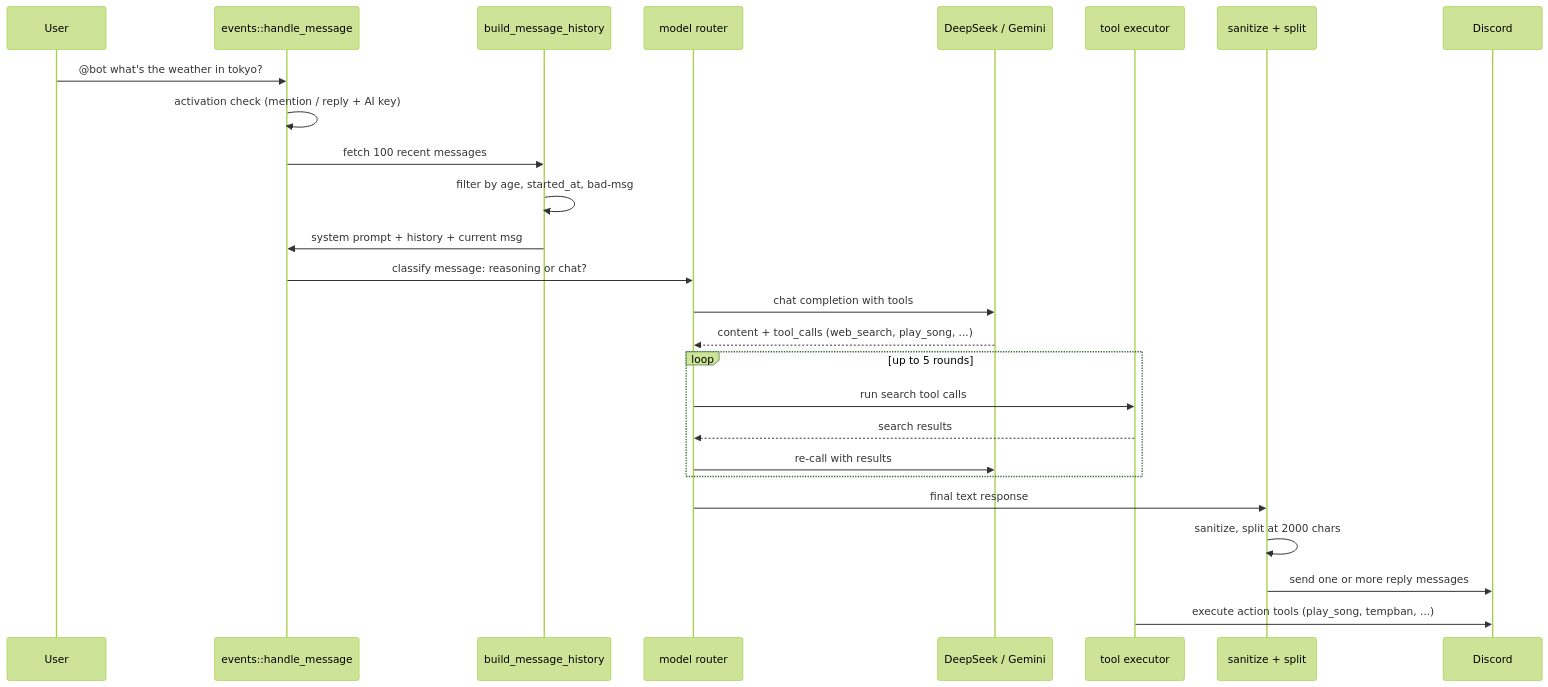
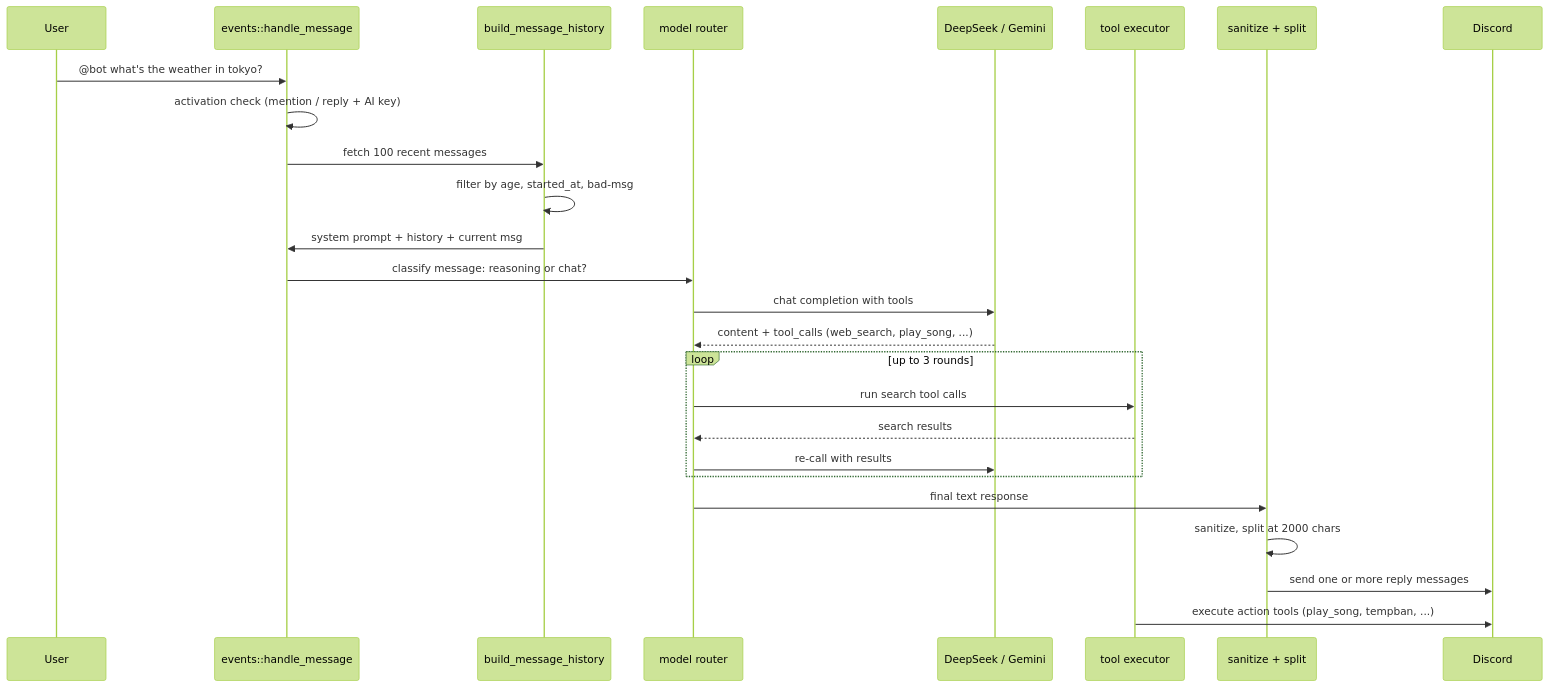
One commit to MrMcEpic/discord-bot-rs changed the diagram in docs/architecture/ai-pipeline.md. Above: the diagram before and after it, drawn with Mermaid (forest theme). The commit also changed other lines of this file and 25 other files, not shown here.

````diff
--- a/docs/architecture/ai-pipeline.md
+++ b/docs/architecture/ai-pipeline.md
@@ -19,29 +19,29 @@
 ```mermaid
 sequenceDiagram
     participant U as User
     participant E as events::handle_message
     participant H as build_message_history
     participant R as model router
     participant API as DeepSeek / Gemini
     participant T as tool executor
     participant S as sanitize + split
     participant D as Discord
 
     U->>E: @bot what's the weather in tokyo?
     E->>E: activation check (mention / reply + AI key)
     E->>H: fetch 100 recent messages
     H->>H: filter by age, started_at, bad-msg
     H->>E: system prompt + history + current msg
     E->>R: classify message: reasoning or chat?
     R->>API: chat completion with tools
     API-->>R: content + tool_calls (web_search, play_song, ...)
-    loop up to 5 rounds
+    loop up to 3 rounds
         R->>T: run search tool calls
         T-->>R: search results
         R->>API: re-call with results
     end
     R->>S: final text response
     S->>S: sanitize, split at 2000 chars
     S->>D: send one or more reply messages
     T->>D: execute action tools (play_song, tempban, ...)
 ```
````
